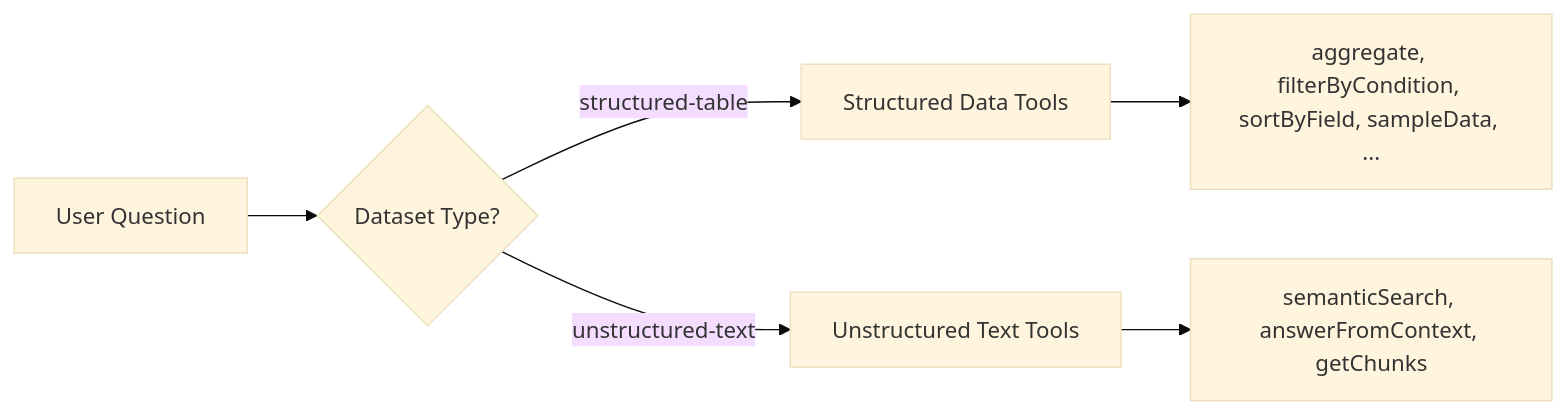
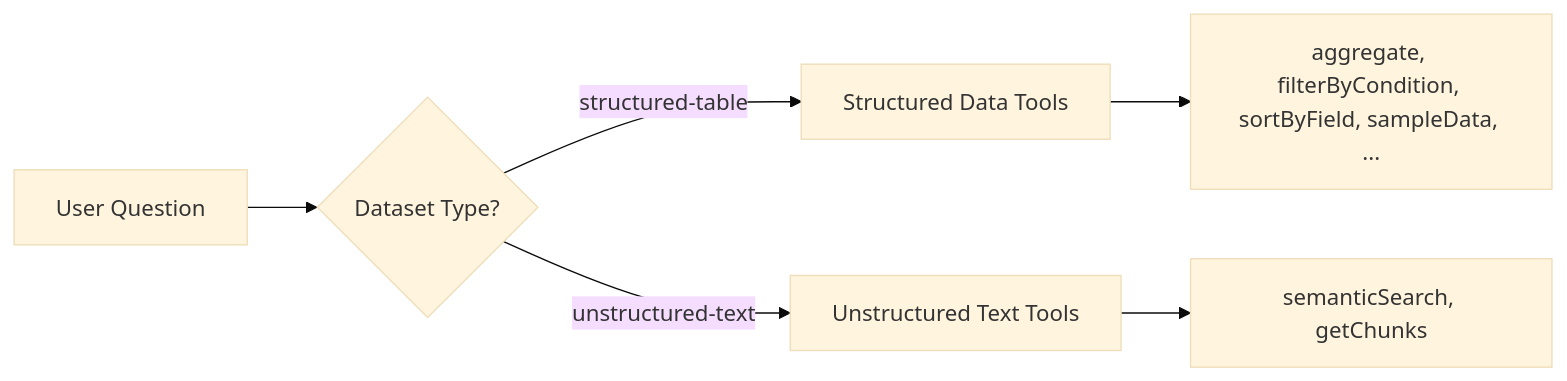
The third of 5 diagrams in docs/domain-knowledge/chat-system.md (hinora/data-analysis), drawn with Mermaid (base theme) before and after one commit. The commit also changed other lines of this file and 7 other files, not shown here.

Commit message:
feat: remove answerFromContext tool and update documentation references

````diff
--- a/docs/domain-knowledge/chat-system.md
+++ b/docs/domain-knowledge/chat-system.md
@@ -145,8 +145,8 @@
 ```mermaid
 flowchart LR
     Q[User Question] --> DT{Dataset Type?}
     DT -->|structured-table| ST[Structured Data Tools]
     DT -->|unstructured-text| UT[Unstructured Text Tools]
     ST --> R1[aggregate, filterByCondition, sortByField, sampleData, ...]
-    UT --> R2[semanticSearch, answerFromContext, getChunks]
+    UT --> R2[semanticSearch, getChunks]
 ```
````
